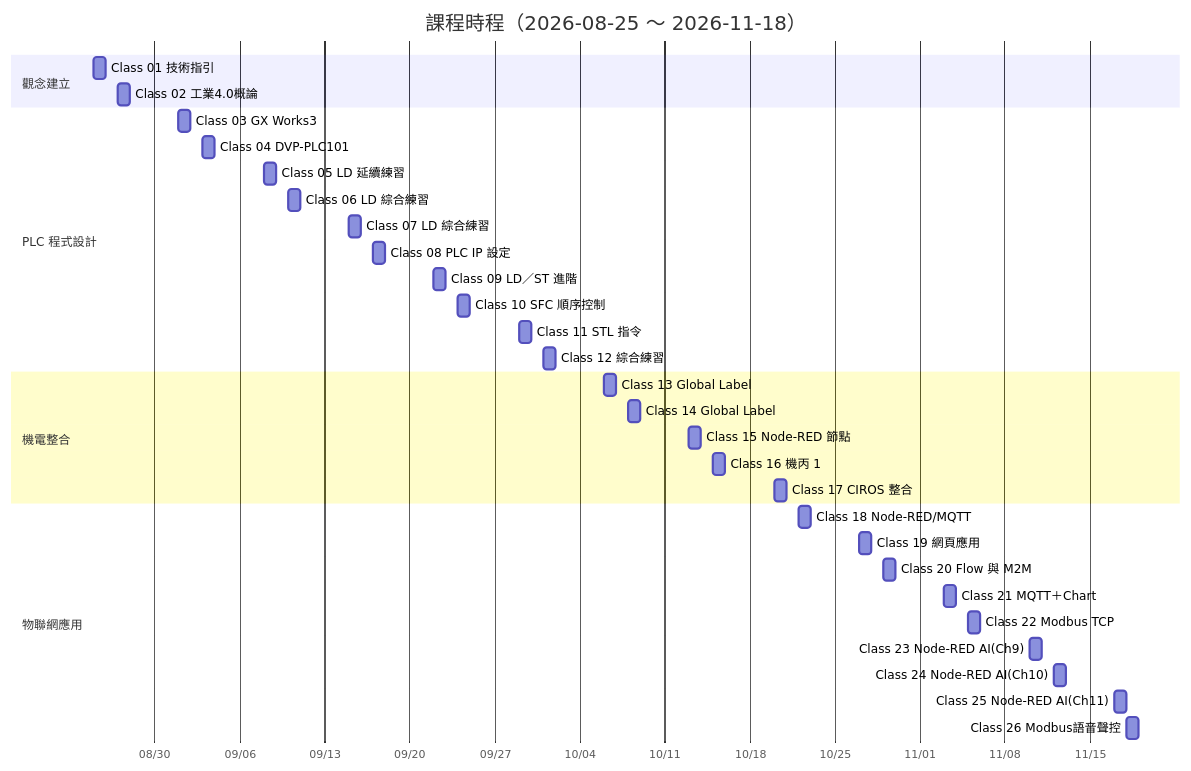
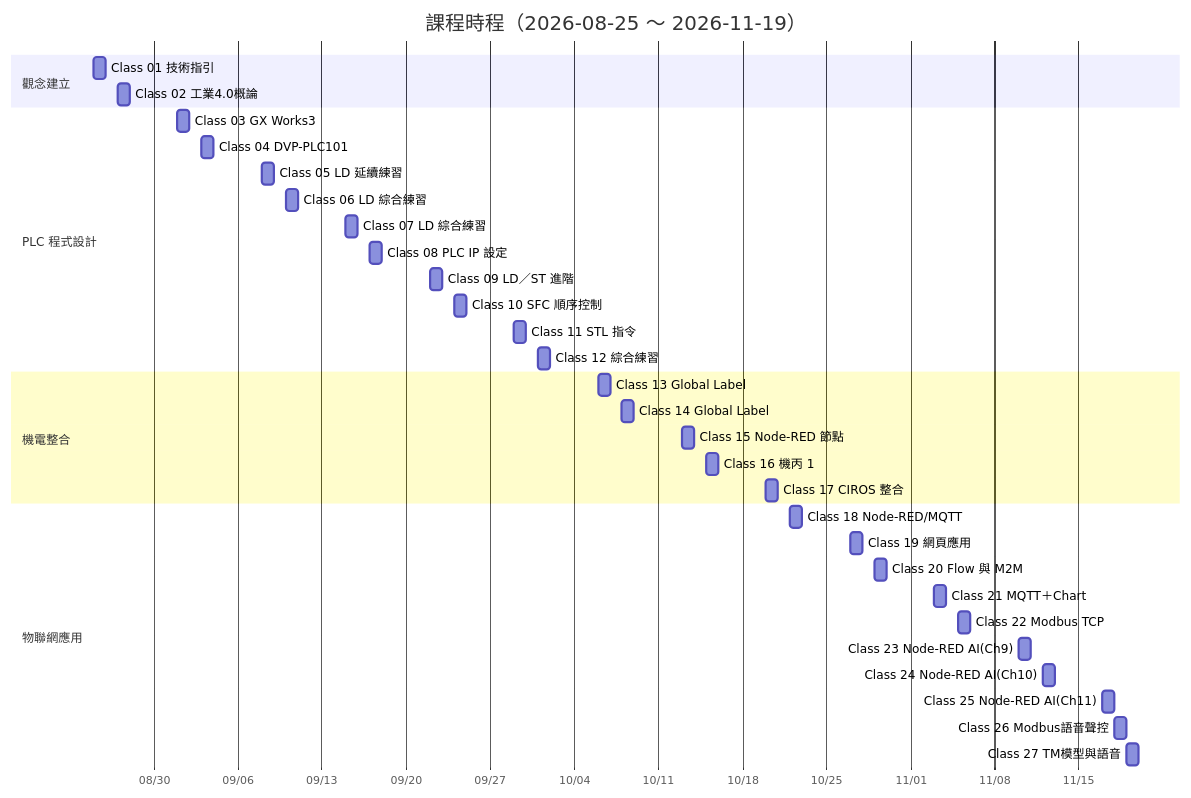
The second of 3 diagrams in docs/COURSE-MAP.md (yd7148/INDUSTRY-4.0), drawn with Mermaid before and after one commit. The commit also changed other lines of this file and 4 other files, not shown here.

Commit message:
Sync docs for Class-27 (27 classes, 28 videos, timeline and SVG)

````diff
--- a/docs/COURSE-MAP.md
+++ b/docs/COURSE-MAP.md
@@ -74,36 +77,37 @@
 ```mermaid
 gantt
-    title 課程時程（2026-08-25 ～ 2026-11-18）
+    title 課程時程（2026-08-25 ～ 2026-11-19）
     dateFormat YYYY-MM-DD
     axisFormat %m/%d
     section 觀念建立
     Class 01 技術指引        :c01, 2026-08-25, 1d
     Class 02 工業4.0概論      :c02, 2026-08-27, 1d
     section PLC 程式設計
     Class 03 GX Works3       :c03, 2026-09-01, 1d
     Class 04 DVP-PLC101      :c04, 2026-09-03, 1d
     Class 05 LD 延續練習      :c05, 2026-09-08, 1d
     Class 06 LD 綜合練習      :c06, 2026-09-10, 1d
     Class 07 LD 綜合練習      :c07, 2026-09-15, 1d
     Class 08 PLC IP 設定      :c08, 2026-09-17, 1d
     Class 09 LD／ST 進階      :c09, 2026-09-22, 1d
     Class 10 SFC 順序控制     :c10, 2026-09-24, 1d
     Class 11 STL 指令         :c11, 2026-09-29, 1d
     Class 12 綜合練習         :c12, 2026-10-01, 1d
     section 機電整合
     Class 13 Global Label    :c13, 2026-10-06, 1d
     Class 14 Global Label    :c14, 2026-10-08, 1d
     Class 15 Node-RED 節點    :c15, 2026-10-13, 1d
     Class 16 機丙 1           :c16, 2026-10-15, 1d
     Class 17 CIROS 整合       :c17, 2026-10-20, 1d
     section 物聯網應用
     Class 18 Node-RED/MQTT   :c18, 2026-10-22, 1d
     Class 19 網頁應用         :c19, 2026-10-27, 1d
     Class 20 Flow 與 M2M      :c20, 2026-10-29, 1d
     Class 21 MQTT＋Chart     :c21, 2026-11-03, 1d
     Class 22 Modbus TCP      :c22, 2026-11-05, 1d
     Class 23 Node-RED AI(Ch9) :c23, 2026-11-10, 1d
     Class 24 Node-RED AI(Ch10):c24, 2026-11-12, 1d
     Class 25 Node-RED AI(Ch11):c25, 2026-11-17, 1d
     Class 26 Modbus語音聲控  :c26, 2026-11-18, 1d
+    Class 27 TM模型與語音    :c27, 2026-11-19, 1d
 ```
````
